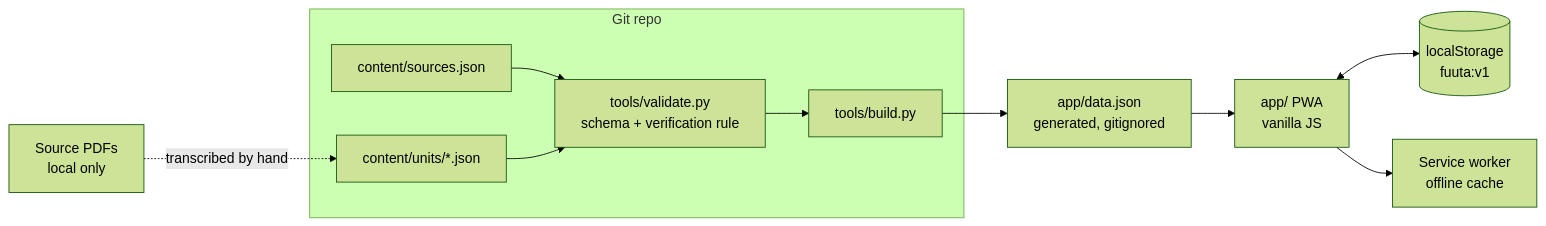
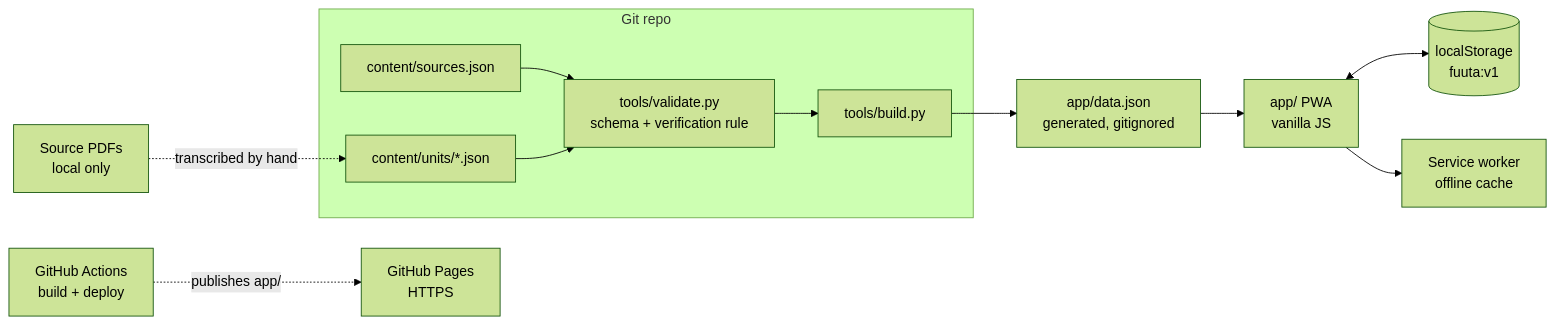
One commit to josephmars/fuuta changed the diagram in docs/architecture.md. Above: the diagram before and after it, drawn with Mermaid (forest theme). The commit also changed other lines of this file and 3 other files, not shown here.

Commit message:
ci: deploy app to GitHub Pages

````diff
--- a/docs/architecture.md
+++ b/docs/architecture.md
@@ -7,13 +7,14 @@
 ```mermaid
 flowchart LR
   PDF[Source PDFs<br/>local only] -. transcribed by hand .-> U
   subgraph repo[Git repo]
     S[content/sources.json] --> V
     U[content/units/*.json] --> V[tools/validate.py<br/>schema + verification rule]
     V --> B[tools/build.py]
   end
   B --> D[app/data.json<br/>generated, gitignored]
   D --> A[app/ PWA<br/>vanilla JS]
   A <--> L[(localStorage<br/>fuuta:v1)]
   A --> SW[Service worker<br/>offline cache]
+  GH[GitHub Actions<br/>build + deploy] -. publishes app/ .-> Pages[GitHub Pages<br/>HTTPS]
 ```
````
